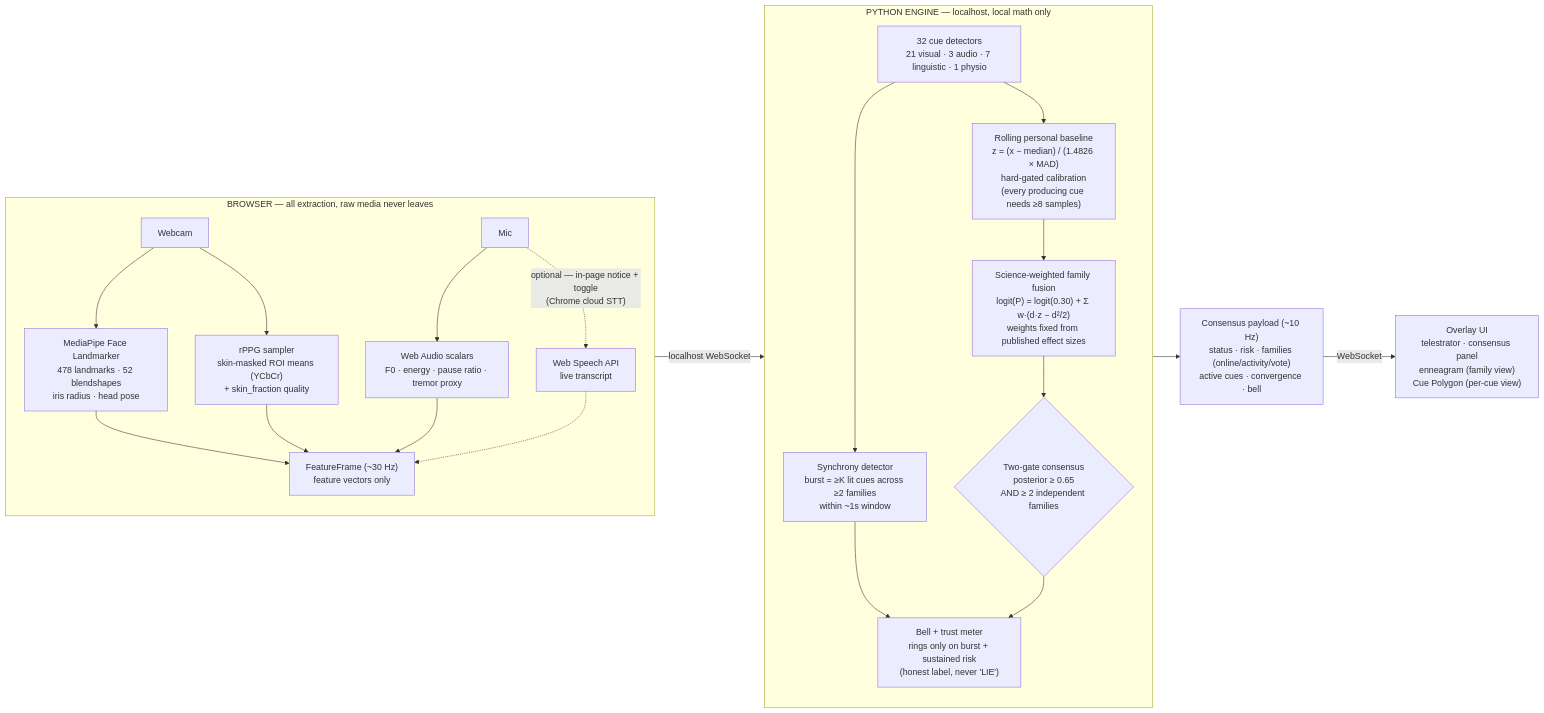
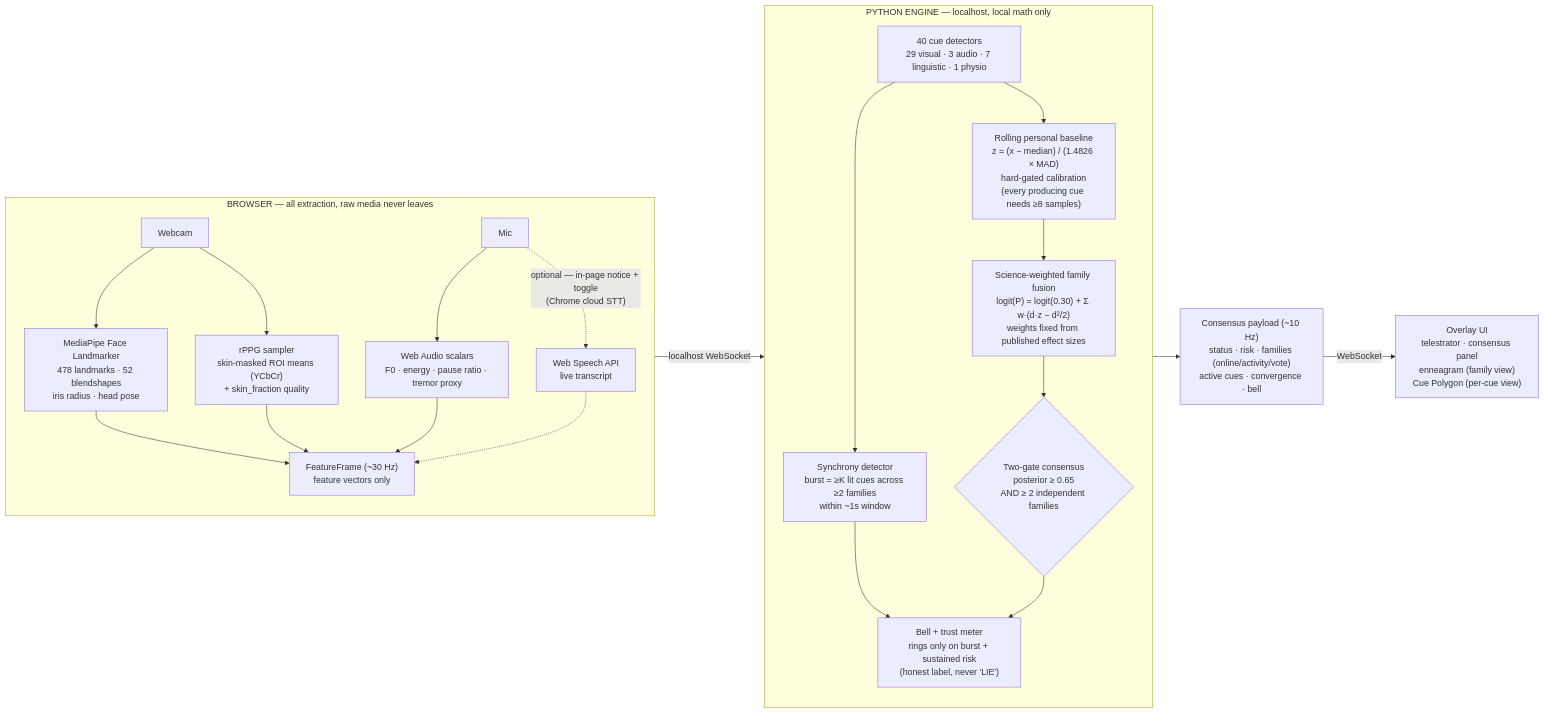
Before and after one commit to blitzandres/lie-detector: the first of 4 diagrams in README.md, drawn with Mermaid. The commit also changed other lines of this file and 1 other file, not shown here.

Commit message:
docs: micro-expression caveat + cue counts 32→40 (Visual 29)

````diff
--- a/README.md
+++ b/README.md
@@ -131,30 +131,30 @@
 ```mermaid
 flowchart LR
     subgraph BROWSER ["BROWSER — all extraction, raw media never leaves"]
         direction TB
         CAM["Webcam"] --> MP["MediaPipe Face Landmarker\n478 landmarks · 52 blendshapes\niris radius · head pose"]
         CAM --> RPPG["rPPG sampler\nskin-masked ROI means (YCbCr)\n+ skin_fraction quality"]
         MIC["Mic"] --> WA["Web Audio scalars\nF0 · energy · pause ratio · tremor proxy"]
         MIC -.->|"optional — in-page notice + toggle\n(Chrome cloud STT)"| STT["Web Speech API\nlive transcript"]
         MP --> FF["FeatureFrame (~30 Hz)\nfeature vectors only"]
         RPPG --> FF
         WA --> FF
         STT -.-> FF
     end
 
     FF -->|"localhost WebSocket"| CUES
 
     subgraph ENGINE ["PYTHON ENGINE — localhost, local math only"]
         direction TB
-        CUES["32 cue detectors\n21 visual · 3 audio · 7 linguistic · 1 physio"]
+        CUES["40 cue detectors\n29 visual · 3 audio · 7 linguistic · 1 physio"]
         CUES --> CAL["Rolling personal baseline\nz = (x − median) / (1.4826 × MAD)\nhard-gated calibration\n(every producing cue needs ≥8 samples)"]
         CAL --> FUSE["Science-weighted family fusion\nlogit(P) = logit(0.30) + Σ w·(d·z − d²/2)\nweights fixed from published effect sizes"]
         FUSE --> GATE{"Two-gate consensus\nposterior ≥ 0.65\nAND ≥ 2 independent families"}
         CUES --> SYNC["Synchrony detector\nburst = ≥K lit cues across ≥2 families\nwithin ~1s window"]
         SYNC --> BELL["Bell + trust meter\nrings only on burst + sustained risk\n(honest label, never 'LIE')"]
         GATE --> BELL
     end
 
     GATE --> OUT["Consensus payload (~10 Hz)\nstatus · risk · families (online/activity/vote)\nactive cues · convergence · bell"]
     OUT -->|"WebSocket"| UI["Overlay UI\ntelestrator · consensus panel\nenneagram (family view)\nCue Polygon (per-cue view)"]
 ```
````
